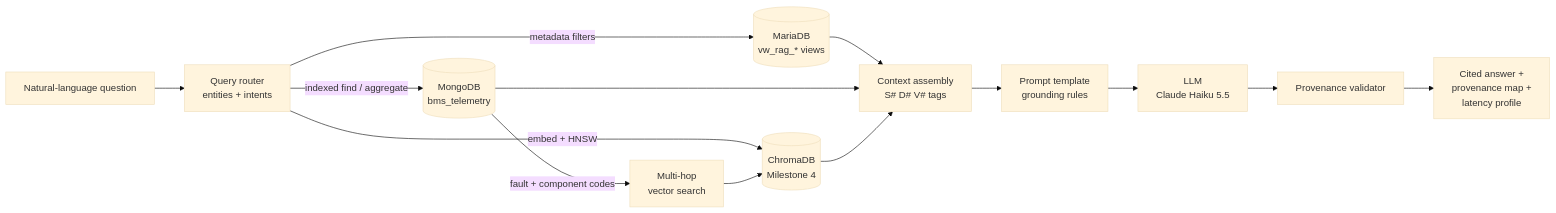
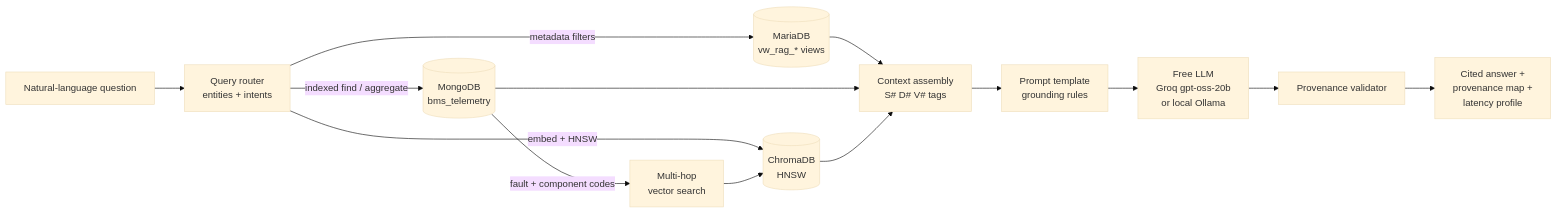
The diagram in Milestone_5/README.md (ameyZd/project-gigavolt-data-lakehouse), drawn with Mermaid (base theme) before and after one commit. The commit also changed other lines of this file and 25 other files, not shown here.

````diff
--- a/Milestone_5/README.md
+++ b/Milestone_5/README.md
@@ -18,16 +18,16 @@
 ```mermaid
 flowchart LR
   Q["Natural-language question"] --> R["Query router<br/>entities + intents"]
   R -->|"metadata filters"| S[("MariaDB<br/>vw_rag_* views")]
   R -->|"indexed find / aggregate"| D[("MongoDB<br/>bms_telemetry")]
-  R -->|"embed + HNSW"| V[("ChromaDB<br/>Milestone 4")]
+  R -->|"embed + HNSW"| V[("ChromaDB<br/>HNSW")]
   D -->|"fault + component codes"| H["Multi-hop<br/>vector search"]
   H --> V
   S --> C["Context assembly<br/>S# D# V# tags"]
   D --> C
   V --> C
   C --> P["Prompt template<br/>grounding rules"]
-  P --> L["LLM<br/>Claude Haiku 5.5"]
+  P --> L["Free LLM<br/>Groq gpt-oss-20b<br/>or local Ollama"]
   L --> X["Provenance validator"]
   X --> O["Cited answer +<br/>provenance map +<br/>latency profile"]
 ```
````
